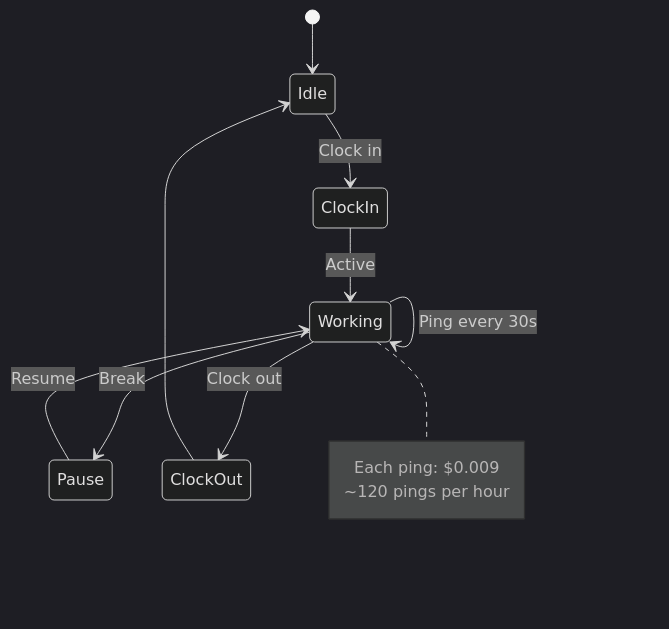
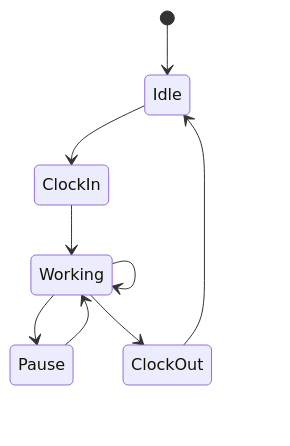
One commit to Shikhyy/Pulse changed the second of 2 diagrams in README.md. Above: the diagram before and after it, drawn with Mermaid. The commit also changed other lines of this file, not shown here.

Commit message:
Fix README: simplify all Mermaid diagrams

````diff
--- a/README.md
+++ b/README.md
@@ -87,18 +84,11 @@
 ```mermaid
-%%{init: {'theme': 'dark', 'themeVariables': {'darkMode': true}}}%%
 stateDiagram-v2
     [*] --> Idle
-    
-    Idle --> ClockIn: Clock in
-    ClockIn --> Working: Active
-    Working --> Working: Ping every 30s
-    Working --> Pause: Break
-    Pause --> Working: Resume
-    Working --> ClockOut: Clock out
+    Idle --> ClockIn
+    ClockIn --> Working
+    Working --> Working
+    Working --> Pause
+    Pause --> Working
+    Working --> ClockOut
     ClockOut --> Idle
-    
-    note right of Working
-        Each ping: $0.009
-        ~120 pings per hour
-    end note
 ```
````
